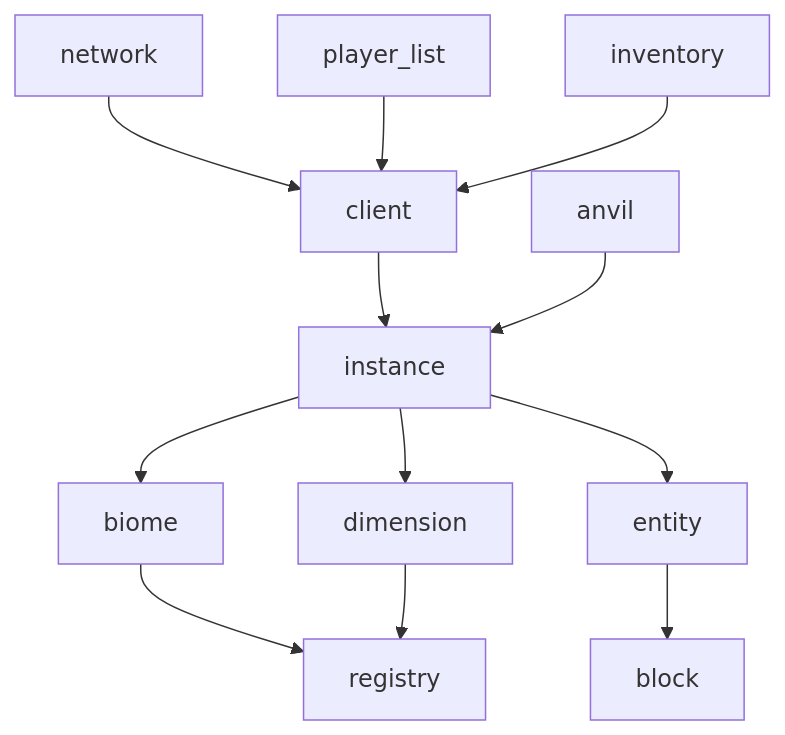
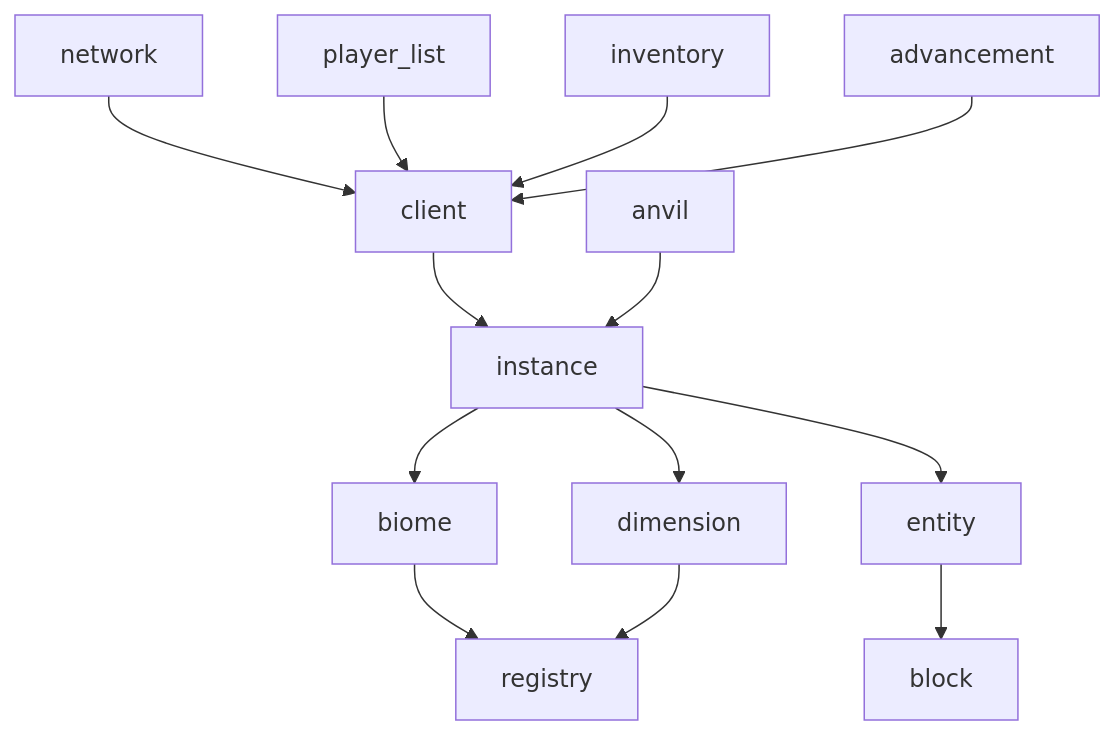
One commit to valence-rs/valence changed the diagram in crates/README.md. Above: the diagram before and after it, drawn with Mermaid. The commit also changed 2 other files, not shown here.

Commit message:
Updated readmes

````diff
--- a/crates/README.md
+++ b/crates/README.md
@@ -11,14 +11,15 @@
 ```mermaid
 graph TD
   network --> client
 	client --> instance
 	biome --> registry
 	dimension --> registry
 	instance --> biome
 	instance --> dimension
 	instance --> entity
 	player_list --> client
 	inventory --> client
 	anvil --> instance
 	entity --> block
+	advancement --> client
 ```
````
